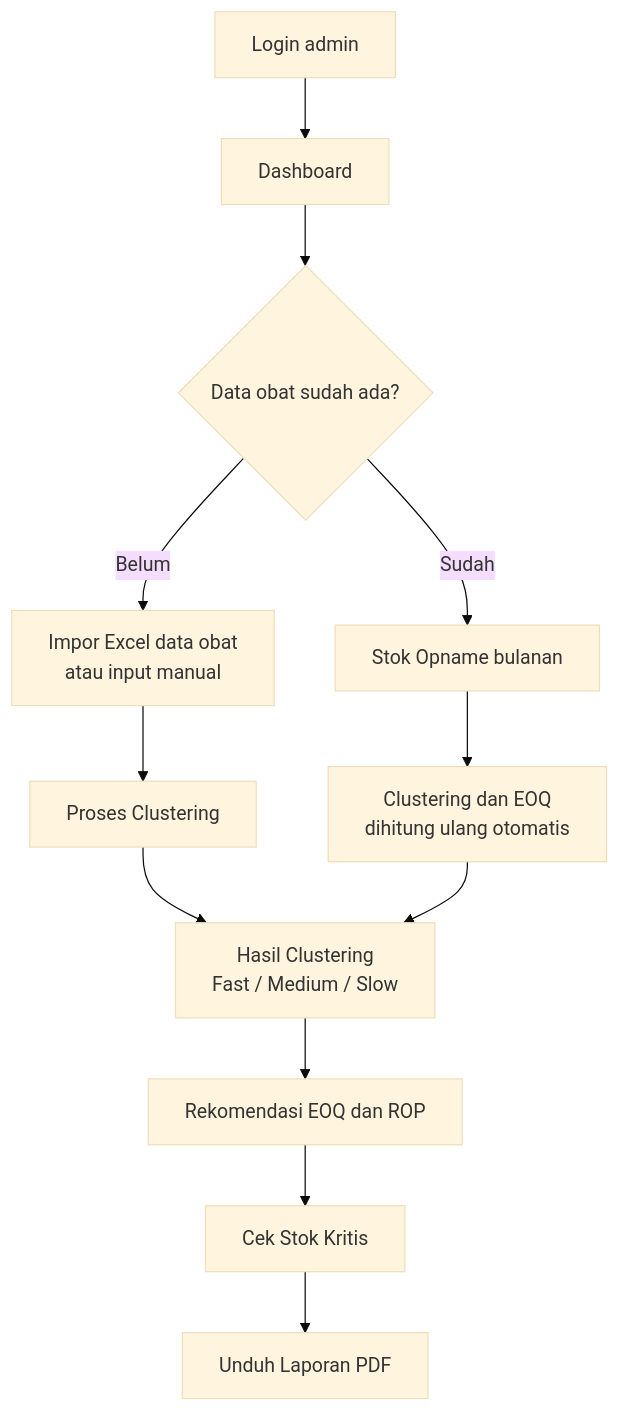
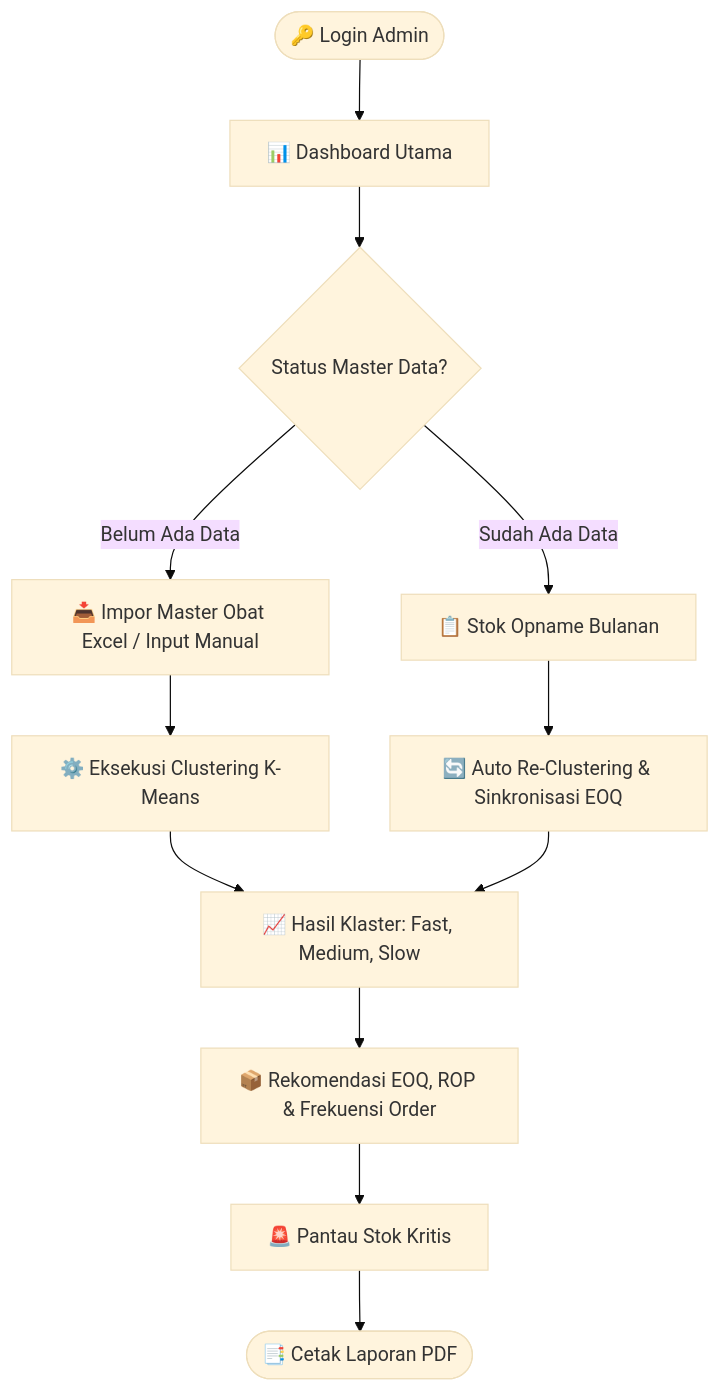
The first of 3 diagrams in README.md (opalism/project-apotek-signamedika), drawn with Mermaid (base theme) before and after one commit. The commit also changed other lines of this file, not shown here.

Commit message:
docs: beautify README with official branding, badges, and detailed architecture

````diff
--- a/README.md
+++ b/README.md
@@ -46,14 +65,14 @@
 ```mermaid
 flowchart TD
-    A[Login admin] --> B[Dashboard]
-    B --> C{Data obat sudah ada?}
-    C -- Belum --> D[Impor Excel data obat<br/>atau input manual]
-    C -- Sudah --> E[Stok Opname bulanan]
-    D --> F[Proses Clustering]
-    E --> G[Clustering dan EOQ<br/>dihitung ulang otomatis]
-    F --> H[Hasil Clustering<br/>Fast / Medium / Slow]
+    A([🔑 Login Admin]) --> B[📊 Dashboard Utama]
+    B --> C{Status Master Data?}
+    C -- Belum Ada Data --> D[📥 Impor Master Obat Excel / Input Manual]
+    C -- Sudah Ada Data --> E[📋 Stok Opname Bulanan]
+    D --> F[⚙️ Eksekusi Clustering K-Means]
+    E --> G[🔄 Auto Re-Clustering & Sinkronisasi EOQ]
+    F --> H[📈 Hasil Klaster: Fast, Medium, Slow]
     G --> H
-    H --> I[Rekomendasi EOQ dan ROP]
-    I --> J[Cek Stok Kritis]
-    J --> K[Unduh Laporan PDF]
+    H --> I[📦 Rekomendasi EOQ, ROP & Frekuensi Order]
+    I --> J[🚨 Pantau Stok Kritis]
+    J --> K([📑 Cetak Laporan PDF])
 ```
````
